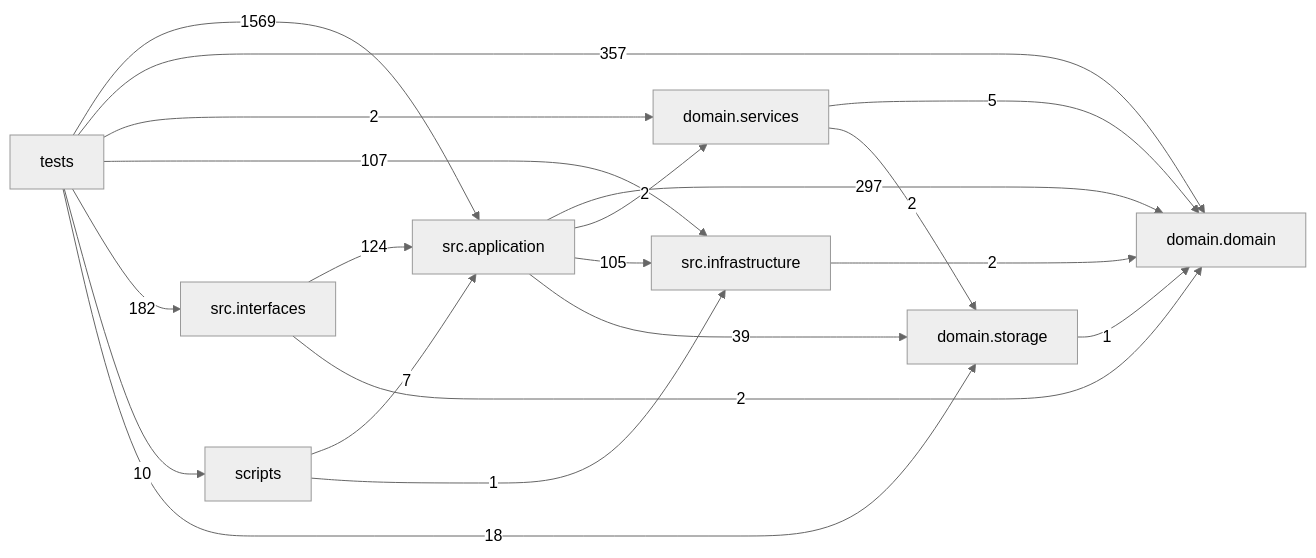
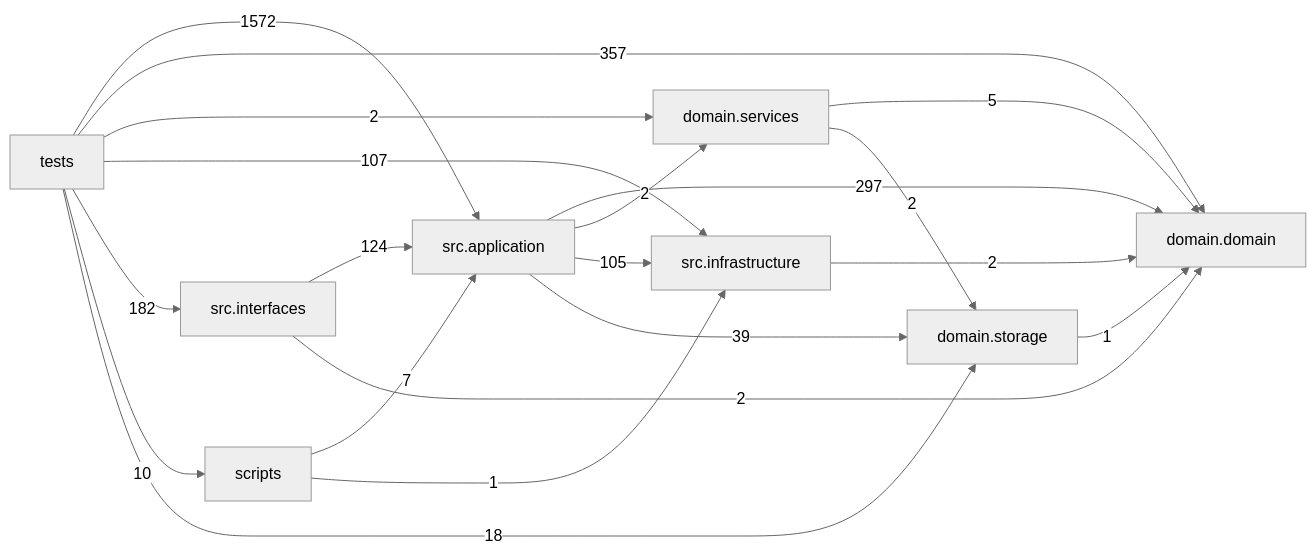
Before and after one commit to liuxie066/options-monitor: the diagram in docs/DEPENDENCY_GRAPH.md, drawn with Mermaid (neutral theme). The commit also changed other lines of this file and 5 other files, not shown here.

````diff
--- a/docs/DEPENDENCY_GRAPH.md
+++ b/docs/DEPENDENCY_GRAPH.md
@@ -24,30 +24,30 @@
 ```mermaid
 flowchart LR
   tests["tests"]
   scripts["scripts"]
   interfaces["src.interfaces"]
   application["src.application"]
   infrastructure["src.infrastructure"]
   domain_services["domain.services"]
   domain["domain.domain"]
   storage["domain.storage"]
   application -->|297| domain
   application -->|2| domain_services
   application -->|105| infrastructure
   application -->|39| storage
   domain_services -->|5| domain
   domain_services -->|2| storage
   infrastructure -->|2| domain
   interfaces -->|124| application
   interfaces -->|2| domain
   scripts -->|7| application
   scripts -->|1| infrastructure
   storage -->|1| domain
-  tests -->|1569| application
+  tests -->|1572| application
   tests -->|357| domain
   tests -->|2| domain_services
   tests -->|107| infrastructure
   tests -->|182| interfaces
   tests -->|10| scripts
   tests -->|18| storage
 ```
````
